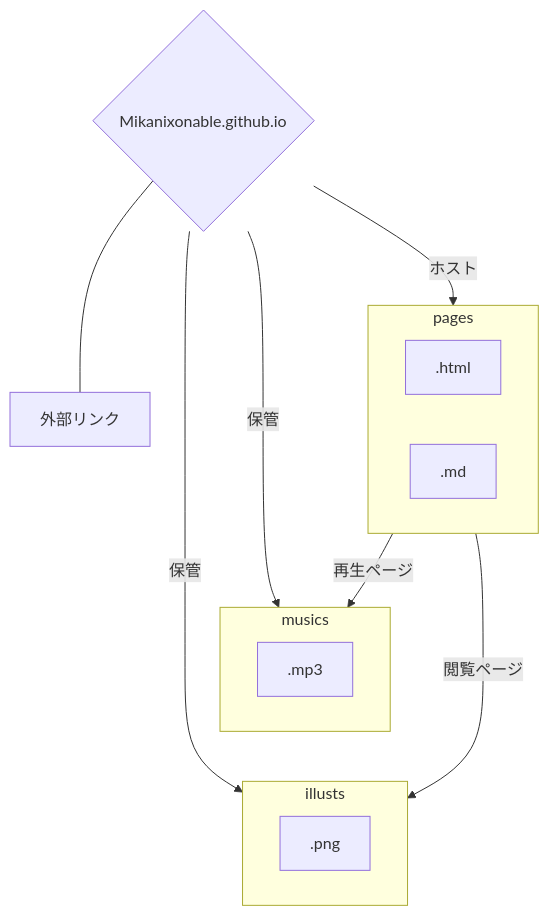
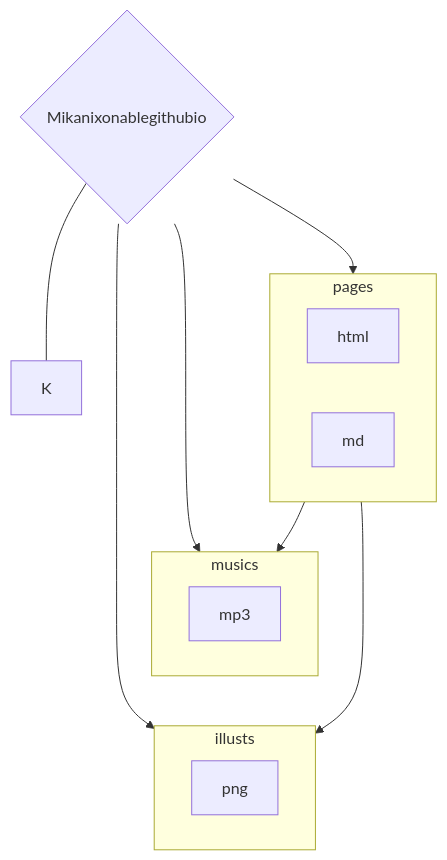
Before and after one commit to Mikanixonable/Mikanixonable.github.io: the diagram in index.md, drawn with Mermaid.

```diff
--- a/index.md
+++ b/index.md
@@ -38,25 +38,25 @@
 ~~~mermaid
 graph TD;
 
-A{Mikanixonable.github.io}
-A ---->|保管| illusts
-A -->|保管| musics
-A -->|ホスト| pages
-A --- 外部リンク
+A{Mikanixonablegithubio}
+A ----> illusts
+A --> musics
+A --> pages
+A --- K
 
 subgraph pages
-.html
-.md
+html
+md
 end
 
 subgraph musics
-.mp3
+mp3
 end
 
 subgraph illusts
-.png
+png
 end
 
-pages -->|再生ページ| musics
-pages -->|閲覧ページ| illusts
+pages --> musics
+pages --> illusts
 ~~~
```
